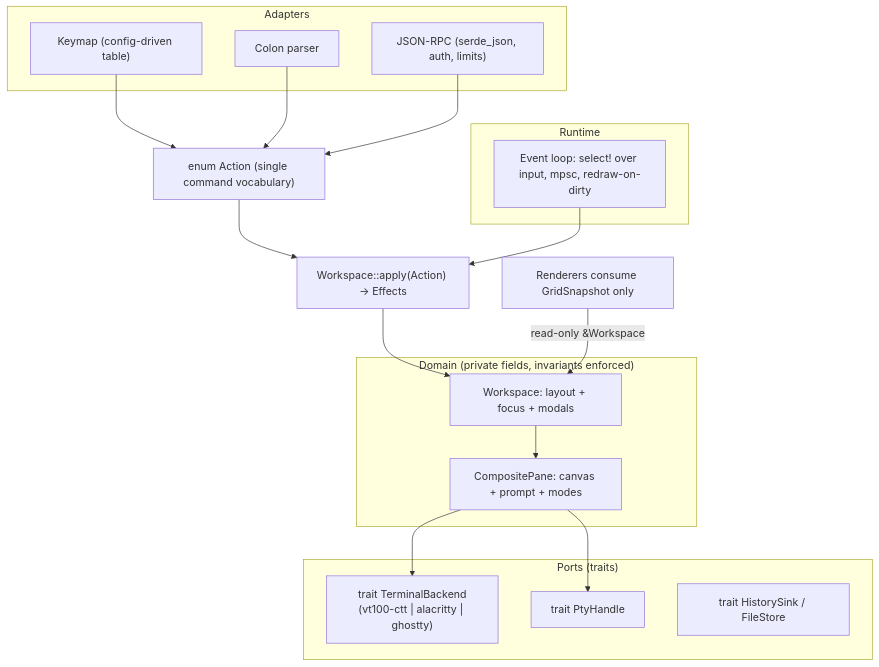
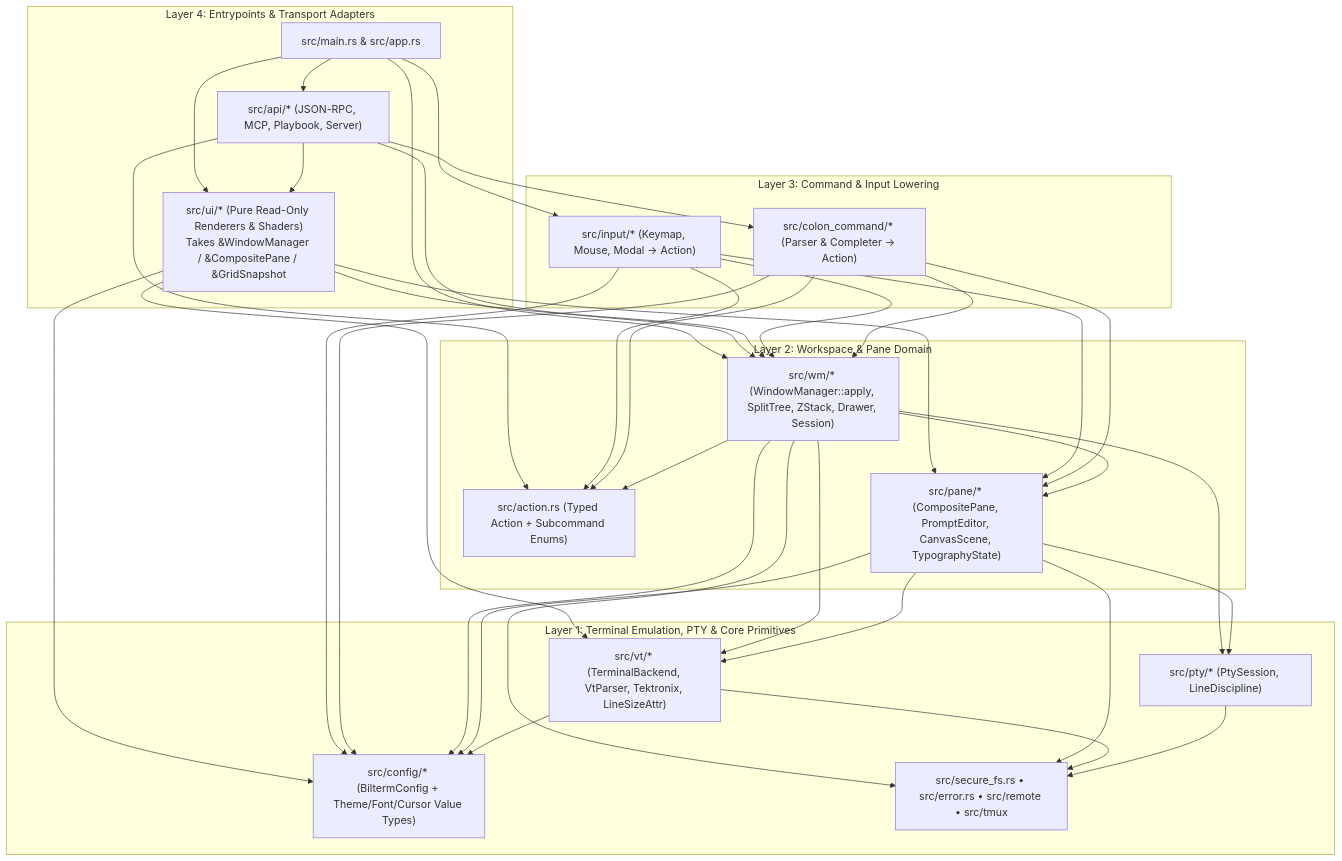
Before and after one commit to bsommers/bilterm: the second of 3 diagrams in .planning/reviews/ARCHITECTURE_REVIEW_PLAN.md, drawn with Mermaid. The commit also changed other lines of this file and 23 other files, not shown here.

````diff
--- a/.planning/reviews/ARCHITECTURE_REVIEW_PLAN.md
+++ b/.planning/reviews/ARCHITECTURE_REVIEW_PLAN.md
@@ -97,33 +86,35 @@
 ```mermaid
 flowchart TD
-    subgraph Adapters["Adapters"]
-        Keys["Keymap (config-driven table)"]
-        ColonP["Colon parser"]
-        RpcP["JSON-RPC (serde_json, auth, limits)"]
+    subgraph L4 ["Layer 4: Entrypoints & Transport Adapters"]
+        Main["src/main.rs & src/app.rs"]
+        API["src/api/* (JSON-RPC, MCP, Playbook, Server)"]
+        UI["src/ui/* (Pure Read-Only Renderers & Shaders)\nTakes &WindowManager / &CompositePane / &GridSnapshot"]
     end
 
-    Action["enum Action (single command vocabulary)"]
-    Reducer["Workspace::apply(Action) -> Effects"]
-
-    subgraph Domain["Domain (private fields, invariants enforced)"]
-        WS["Workspace: layout + focus + modals"]
-        CP["CompositePane: canvas + prompt + modes"]
+    subgraph L3 ["Layer 3: Command & Input Lowering"]
+        Input["src/input/* (Keymap, Mouse, Modal -> Action)"]
+        Colon["src/colon_command/* (Parser & Completer -> Action)"]
     end
 
-    subgraph Ports["Ports (traits)"]
-        TB["trait TerminalBackend\n(vt100-ctt | alacritty | ghostty)"]
-        PtyPort["trait PtyHandle"]
-        Clock["trait HistorySink / FileStore"]
+    subgraph L2 ["Layer 2: Workspace & Pane Domain"]
+        Action["src/action.rs (Typed Action + Subcommand Enums)"]
+        WM["src/wm/* (WindowManager::apply, SplitTree, ZStack, Drawer, Session)"]
+        Pane["src/pane/* (CompositePane, PromptEditor, CanvasScene, TypographyState)"]
     end
 
-    subgraph Runtime["Runtime"]
-        Ev["Event loop: select! over input, mpsc<PaneId, PtyEvent>, redraw-on-dirty"]
+    subgraph L1 ["Layer 1: Terminal Emulation, PTY & Core Primitives"]
+        VT["src/vt/* (TerminalBackend, VtParser, Tektronix, LineSizeAttr)"]
+        PTY["src/pty/* (PtySession, LineDiscipline)"]
+        Config["src/config/* (BiltermConfig + Theme/Font/Cursor Value Types)"]
+        Infra["src/secure_fs.rs • src/error.rs • src/remote • src/tmux"]
     end
 
-    Render2["Renderers consume GridSnapshot only"]
-
-    Keys & ColonP & RpcP --> Action --> Reducer --> WS --> CP
-    CP --> TB & PtyPort
-    Ev --> Reducer
-    Render2 -->|"read-only &Workspace"| WS
+    Main --> API & UI & Input & WM
+    API --> Colon & Action & WM & UI
+    UI --> WM & Pane & VT & Config
+    Input & Colon --> Action & WM & Pane & Config
+    WM --> Action & Pane & VT & PTY & Config & Infra
+    Pane --> VT & PTY & Config & Infra
+    VT --> Config & Infra
+    PTY --> Infra
 ```
````
